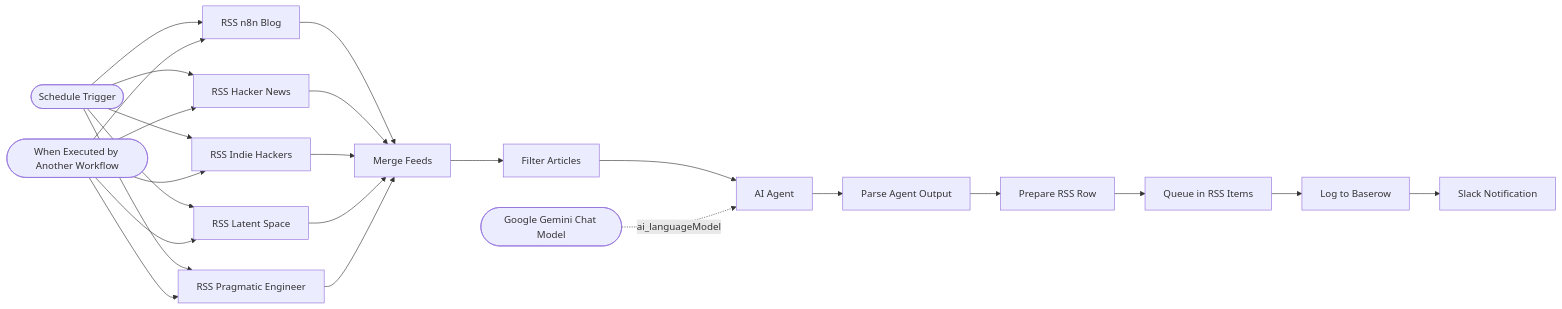
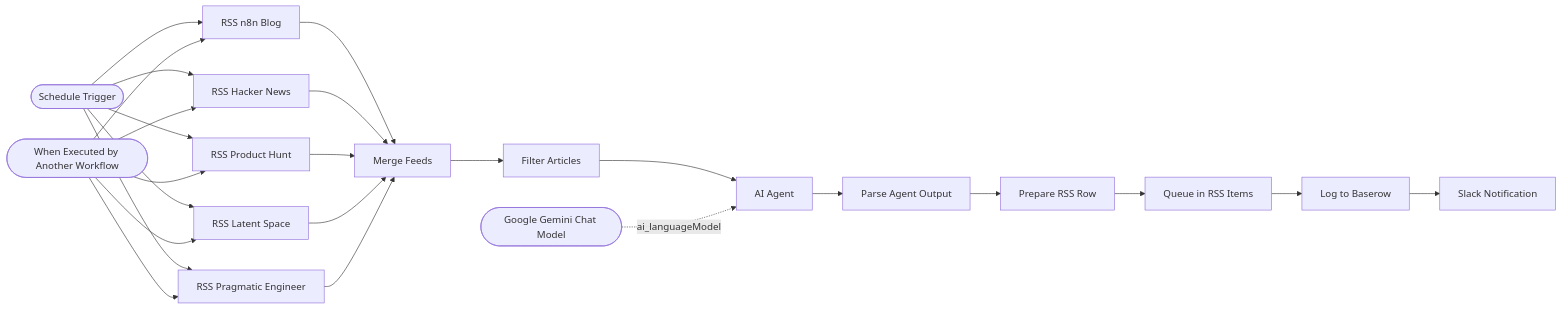
One commit to whybothercoding/n8n-smb-workflows changed the diagram in workflows/newsletter/stacksignal-weekly-draft-generator/README.md. Above: the diagram before and after it, drawn with Mermaid. The commit also changed other lines of this file and 7 other files, not shown here.

````diff
--- a/workflows/newsletter/stacksignal-weekly-draft-generator/README.md
+++ b/workflows/newsletter/stacksignal-weekly-draft-generator/README.md
@@ -41,42 +41,42 @@
 ```mermaid
 flowchart LR
     n0(["Schedule Trigger"])
     n1(["When Executed by Another Workflow"])
     n2["RSS n8n Blog"]
     n3["RSS Hacker News"]
-    n4["RSS Indie Hackers"]
+    n4["RSS Product Hunt"]
     n5["RSS Latent Space"]
     n6["RSS Pragmatic Engineer"]
     n7["Merge Feeds"]
     n8["Filter Articles"]
     n9["AI Agent"]
     n10(["Google Gemini Chat Model"])
     n11["Parse Agent Output"]
     n12["Prepare RSS Row"]
     n13["Queue in RSS Items"]
     n14["Log to Baserow"]
     n15["Slack Notification"]
     n0 --> n2
     n0 --> n3
     n0 --> n4
     n0 --> n5
     n0 --> n6
     n1 --> n2
     n1 --> n3
     n1 --> n4
     n1 --> n5
     n1 --> n6
     n2 --> n7
     n3 --> n7
     n4 --> n7
     n5 --> n7
     n6 --> n7
     n7 --> n8
     n8 --> n9
     n10 -. ai_languageModel .-> n9
     n9 --> n11
     n11 --> n12
     n12 --> n13
     n13 --> n14
     n14 --> n15
 ```
````
